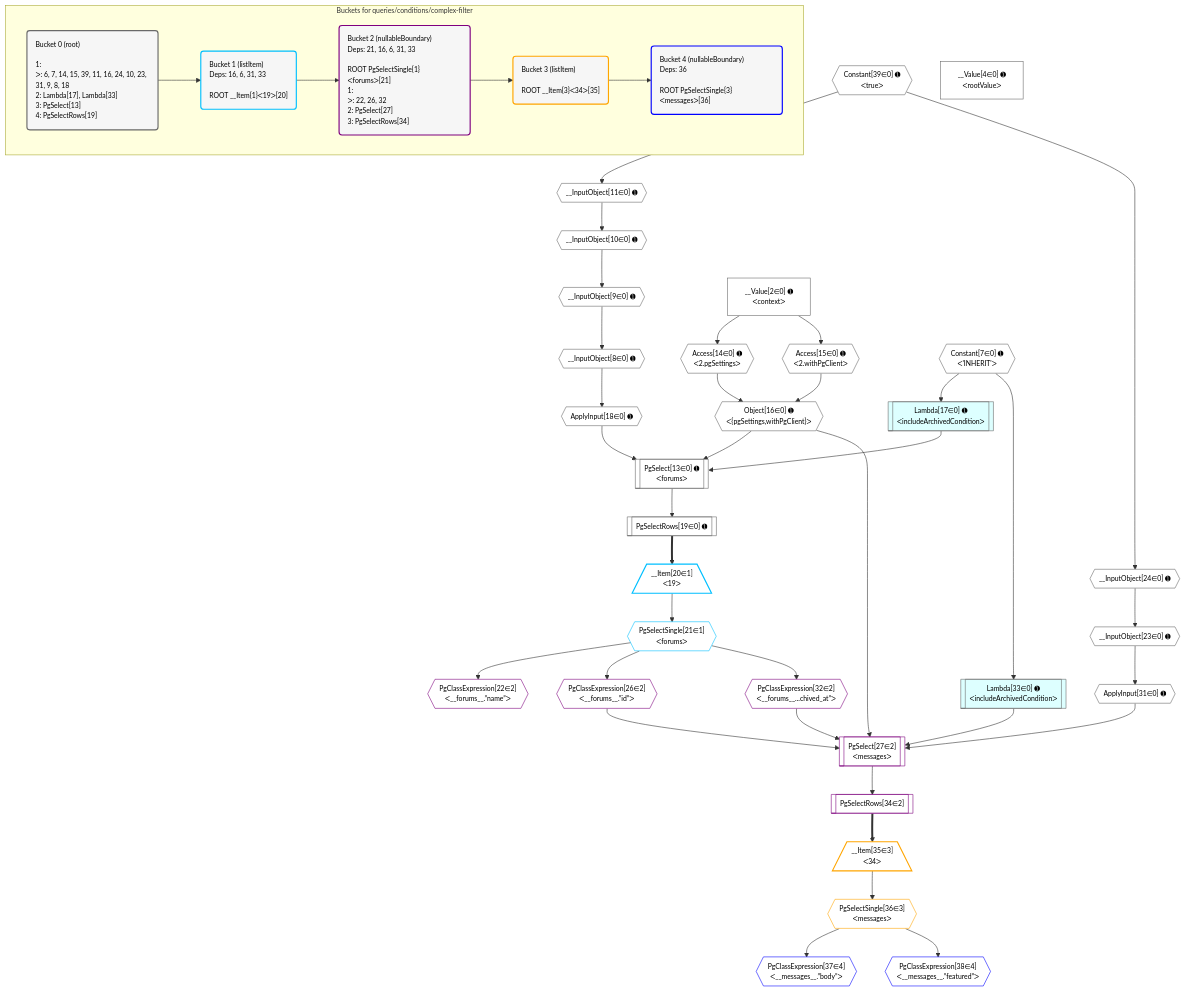
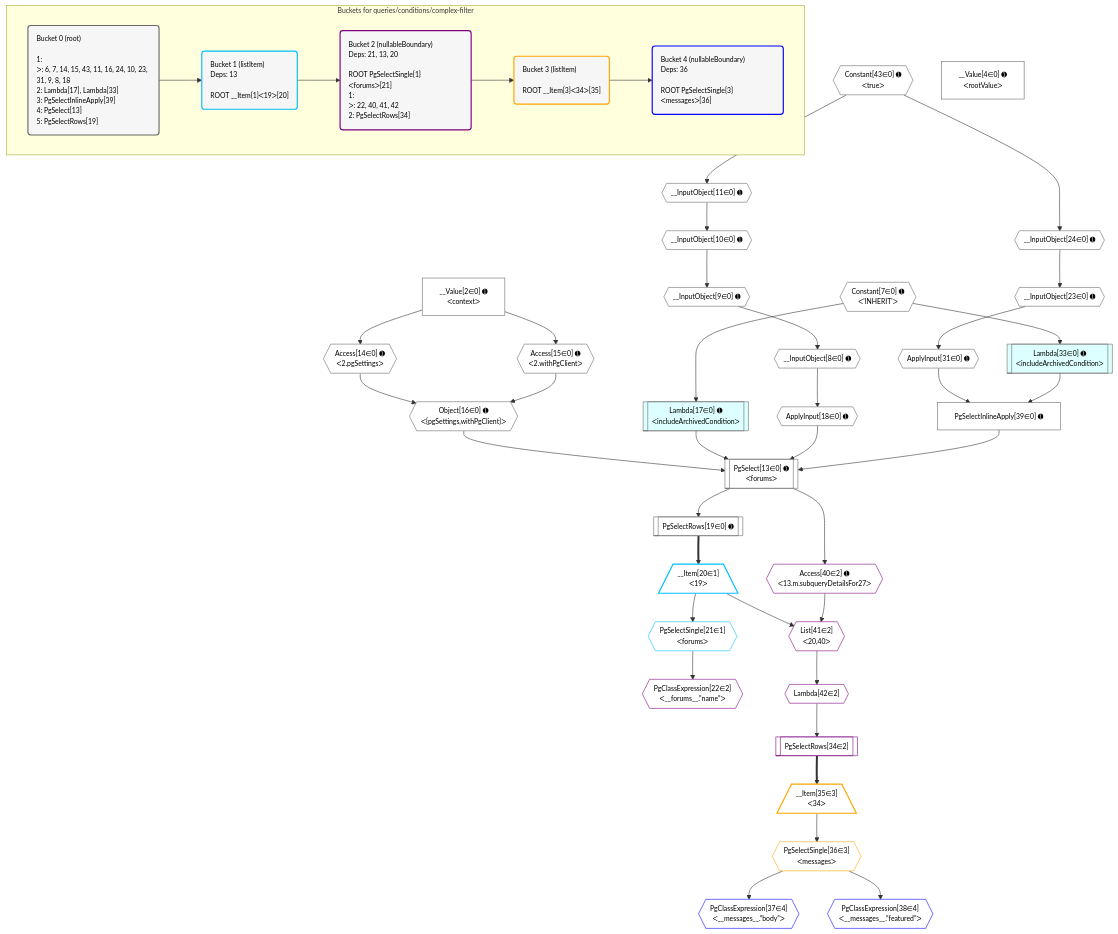
One commit to graphile/crystal changed the diagram in grafast/dataplan-pg/__tests__/queries/conditions/complex-filter.mermaid. Above: the diagram before and after it, drawn with Mermaid. The commit also changed 71 other files, not shown here.

```diff
--- a/grafast/dataplan-pg/__tests__/queries/conditions/complex-filter.mermaid
+++ b/grafast/dataplan-pg/__tests__/queries/conditions/complex-filter.mermaid
@@ -1,91 +1,93 @@
 %%{init: {'themeVariables': { 'fontSize': '12px'}}}%%
 graph TD
     classDef path fill:#eee,stroke:#000,color:#000
     classDef plan fill:#fff,stroke-width:1px,color:#000
     classDef itemplan fill:#fff,stroke-width:2px,color:#000
     classDef unbatchedplan fill:#dff,stroke-width:1px,color:#000
     classDef sideeffectplan fill:#fcc,stroke-width:2px,color:#000
     classDef bucket fill:#f6f6f6,color:#000,stroke-width:2px,text-align:left
 
 
     %% plan dependencies
     PgSelect13[["PgSelect[13∈0] ➊<br />ᐸforumsᐳ"]]:::plan
     Object16{{"Object[16∈0] ➊<br />ᐸ{pgSettings,withPgClient}ᐳ"}}:::plan
     Lambda17[["Lambda[17∈0] ➊<br />ᐸincludeArchivedConditionᐳ"]]:::unbatchedplan
     ApplyInput18{{"ApplyInput[18∈0] ➊"}}:::plan
-    Object16 & Lambda17 & ApplyInput18 --> PgSelect13
+    PgSelectInlineApply39["PgSelectInlineApply[39∈0] ➊"]:::plan
+    Object16 & Lambda17 & ApplyInput18 & PgSelectInlineApply39 --> PgSelect13
+    ApplyInput31{{"ApplyInput[31∈0] ➊"}}:::plan
+    Lambda33[["Lambda[33∈0] ➊<br />ᐸincludeArchivedConditionᐳ"]]:::unbatchedplan
+    ApplyInput31 & Lambda33 --> PgSelectInlineApply39
     __InputObject10{{"__InputObject[10∈0] ➊"}}:::plan
     __InputObject11{{"__InputObject[11∈0] ➊"}}:::plan
     __InputObject11 --> __InputObject10
-    Constant39{{"Constant[39∈0] ➊<br />ᐸtrueᐳ"}}:::plan
-    Constant39 --> __InputObject11
+    Constant43{{"Constant[43∈0] ➊<br />ᐸtrueᐳ"}}:::plan
+    Constant43 --> __InputObject11
     Access14{{"Access[14∈0] ➊<br />ᐸ2.pgSettingsᐳ"}}:::plan
     Access15{{"Access[15∈0] ➊<br />ᐸ2.withPgClientᐳ"}}:::plan
     Access14 & Access15 --> Object16
     __InputObject23{{"__InputObject[23∈0] ➊"}}:::plan
     __InputObject24{{"__InputObject[24∈0] ➊"}}:::plan
     __InputObject24 --> __InputObject23
-    Constant39 --> __InputObject24
+    Constant43 --> __InputObject24
     __InputObject8{{"__InputObject[8∈0] ➊"}}:::plan
     __InputObject9{{"__InputObject[9∈0] ➊"}}:::plan
     __InputObject9 --> __InputObject8
     __InputObject10 --> __InputObject9
     __Value2["__Value[2∈0] ➊<br />ᐸcontextᐳ"]:::plan
     __Value2 --> Access14
     __Value2 --> Access15
     Constant7{{"Constant[7∈0] ➊<br />ᐸ'INHERIT'ᐳ"}}:::plan
     Constant7 --> Lambda17
     __InputObject8 --> ApplyInput18
     PgSelectRows19[["PgSelectRows[19∈0] ➊"]]:::plan
     PgSelect13 --> PgSelectRows19
-    ApplyInput31{{"ApplyInput[31∈0] ➊"}}:::plan
     __InputObject23 --> ApplyInput31
-    Lambda33[["Lambda[33∈0] ➊<br />ᐸincludeArchivedConditionᐳ"]]:::unbatchedplan
     Constant7 --> Lambda33
     __Value4["__Value[4∈0] ➊<br />ᐸrootValueᐳ"]:::plan
     __Item20[/"__Item[20∈1]<br />ᐸ19ᐳ"\]:::itemplan
     PgSelectRows19 ==> __Item20
     PgSelectSingle21{{"PgSelectSingle[21∈1]<br />ᐸforumsᐳ"}}:::plan
     __Item20 --> PgSelectSingle21
-    PgSelect27[["PgSelect[27∈2]<br />ᐸmessagesᐳ"]]:::plan
-    PgClassExpression26{{"PgClassExpression[26∈2]<br />ᐸ__forums__.”id”ᐳ"}}:::plan
-    PgClassExpression32{{"PgClassExpression[32∈2]<br />ᐸ__forums__...chived_at”ᐳ"}}:::plan
-    Object16 & PgClassExpression26 & ApplyInput31 & PgClassExpression32 & Lambda33 --> PgSelect27
+    List41{{"List[41∈2]<br />ᐸ20,40ᐳ"}}:::plan
+    Access40{{"Access[40∈2] ➊<br />ᐸ13.m.subqueryDetailsFor27ᐳ"}}:::plan
+    __Item20 & Access40 --> List41
     PgClassExpression22{{"PgClassExpression[22∈2]<br />ᐸ__forums__.”name”ᐳ"}}:::plan
     PgSelectSingle21 --> PgClassExpression22
-    PgSelectSingle21 --> PgClassExpression26
-    PgSelectSingle21 --> PgClassExpression32
     PgSelectRows34[["PgSelectRows[34∈2]"]]:::plan
-    PgSelect27 --> PgSelectRows34
+    Lambda42{{"Lambda[42∈2]"}}:::plan
+    Lambda42 --> PgSelectRows34
+    PgSelect13 --> Access40
+    List41 --> Lambda42
     __Item35[/"__Item[35∈3]<br />ᐸ34ᐳ"\]:::itemplan
     PgSelectRows34 ==> __Item35
     PgSelectSingle36{{"PgSelectSingle[36∈3]<br />ᐸmessagesᐳ"}}:::plan
     __Item35 --> PgSelectSingle36
     PgClassExpression37{{"PgClassExpression[37∈4]<br />ᐸ__messages__.”body”ᐳ"}}:::plan
     PgSelectSingle36 --> PgClassExpression37
     PgClassExpression38{{"PgClassExpression[38∈4]<br />ᐸ__messages__.”featured”ᐳ"}}:::plan
     PgSelectSingle36 --> PgClassExpression38
 
     %% define steps
 
     subgraph "Buckets for queries/conditions/complex-filter"
-    Bucket0("Bucket 0 (root)<br /><br />1: <br />ᐳ: 6, 7, 14, 15, 39, 11, 16, 24, 10, 23, 31, 9, 8, 18<br />2: Lambda[17], Lambda[33]<br />3: PgSelect[13]<br />4: PgSelectRows[19]"):::bucket
+    Bucket0("Bucket 0 (root)<br /><br />1: <br />ᐳ: 6, 7, 14, 15, 43, 11, 16, 24, 10, 23, 31, 9, 8, 18<br />2: Lambda[17], Lambda[33]<br />3: PgSelectInlineApply[39]<br />4: PgSelect[13]<br />5: PgSelectRows[19]"):::bucket
     classDef bucket0 stroke:#696969
-    class Bucket0,__Value2,__Value4,Constant7,__InputObject8,__InputObject9,__InputObject10,__InputObject11,PgSelect13,Access14,Access15,Object16,Lambda17,ApplyInput18,PgSelectRows19,__InputObject23,__InputObject24,ApplyInput31,Lambda33,Constant39 bucket0
-    Bucket1("Bucket 1 (listItem)<br />Deps: 16, 6, 31, 33<br /><br />ROOT __Item{1}ᐸ19ᐳ[20]"):::bucket
+    class Bucket0,__Value2,__Value4,Constant7,__InputObject8,__InputObject9,__InputObject10,__InputObject11,PgSelect13,Access14,Access15,Object16,Lambda17,ApplyInput18,PgSelectRows19,__InputObject23,__InputObject24,ApplyInput31,Lambda33,PgSelectInlineApply39,Constant43 bucket0
+    Bucket1("Bucket 1 (listItem)<br />Deps: 13<br /><br />ROOT __Item{1}ᐸ19ᐳ[20]"):::bucket
     classDef bucket1 stroke:#00bfff
     class Bucket1,__Item20,PgSelectSingle21 bucket1
-    Bucket2("Bucket 2 (nullableBoundary)<br />Deps: 21, 16, 6, 31, 33<br /><br />ROOT PgSelectSingle{1}ᐸforumsᐳ[21]<br />1: <br />ᐳ: 22, 26, 32<br />2: PgSelect[27]<br />3: PgSelectRows[34]"):::bucket
+    Bucket2("Bucket 2 (nullableBoundary)<br />Deps: 21, 13, 20<br /><br />ROOT PgSelectSingle{1}ᐸforumsᐳ[21]<br />1: <br />ᐳ: 22, 40, 41, 42<br />2: PgSelectRows[34]"):::bucket
     classDef bucket2 stroke:#7f007f
-    class Bucket2,PgClassExpression22,PgClassExpression26,PgSelect27,PgClassExpression32,PgSelectRows34 bucket2
+    class Bucket2,PgClassExpression22,PgSelectRows34,Access40,List41,Lambda42 bucket2
     Bucket3("Bucket 3 (listItem)<br /><br />ROOT __Item{3}ᐸ34ᐳ[35]"):::bucket
     classDef bucket3 stroke:#ffa500
     class Bucket3,__Item35,PgSelectSingle36 bucket3
     Bucket4("Bucket 4 (nullableBoundary)<br />Deps: 36<br /><br />ROOT PgSelectSingle{3}ᐸmessagesᐳ[36]"):::bucket
     classDef bucket4 stroke:#0000ff
     class Bucket4,PgClassExpression37,PgClassExpression38 bucket4
     Bucket0 --> Bucket1
     Bucket1 --> Bucket2
     Bucket2 --> Bucket3
     Bucket3 --> Bucket4
     end
```
